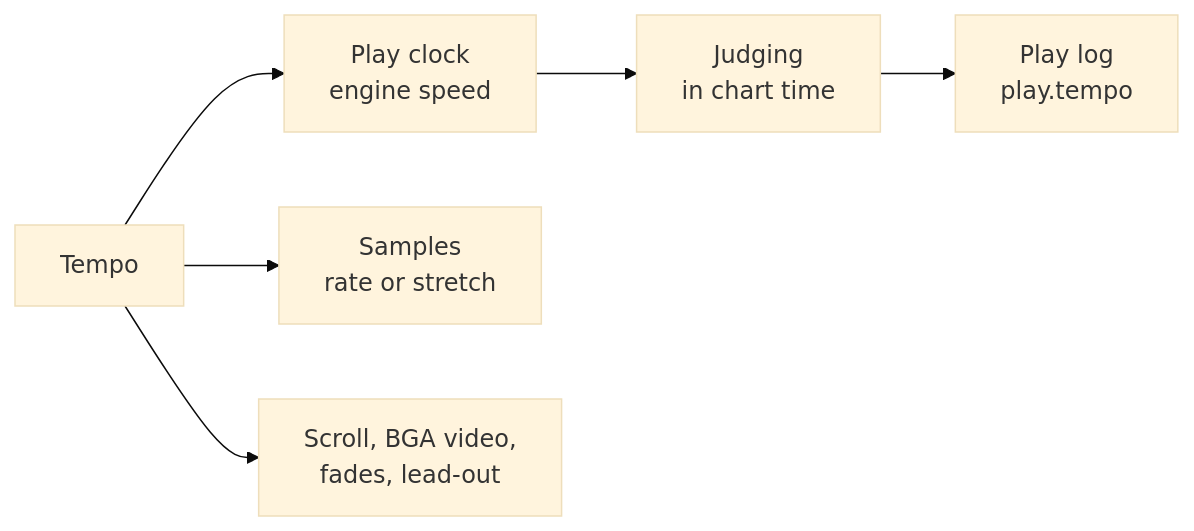
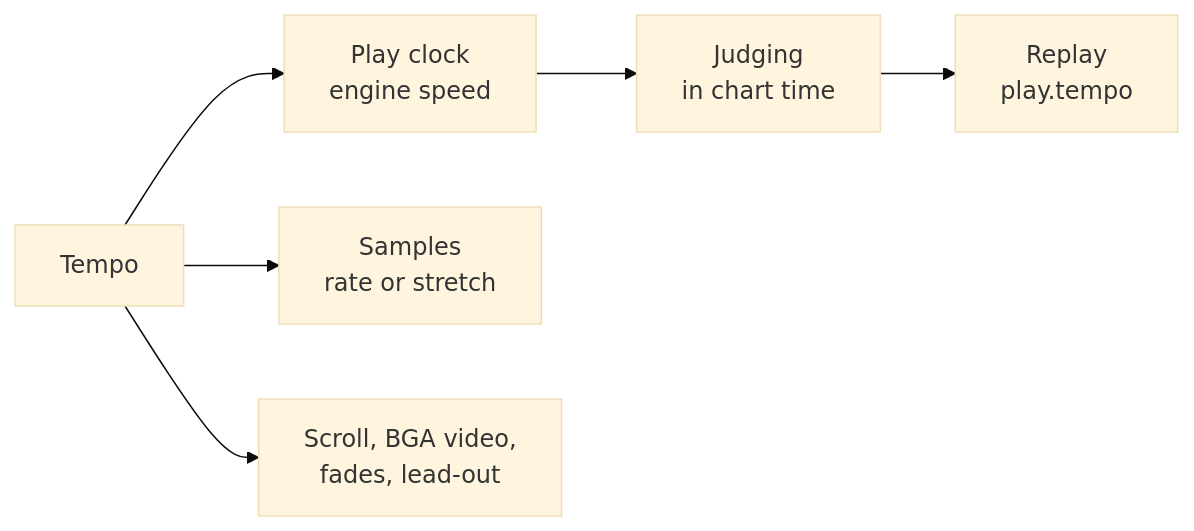
One commit to nulltask/be-music changed the first of 15 diagrams in docs/player-web.md. Above: the diagram before and after it, drawn with Mermaid (base theme). The commit also changed other lines of this file and 603 other files, not shown here.

Commit message:
refactor: align chart, replay, and judgment terminology

````diff
--- a/docs/player-web.md
+++ b/docs/player-web.md
@@ -99,8 +99,8 @@
 ```mermaid
 flowchart LR
     T[Tempo] --> C[Play clock<br/>engine speed]
     T --> A[Samples<br/>rate or stretch]
     T --> V[Scroll, BGA video,<br/>fades, lead-out]
     C --> J[Judging<br/>in chart time]
-    J --> L[Play log<br/>play.tempo]
+    J --> L[Replay<br/>play.tempo]
 ```
````
